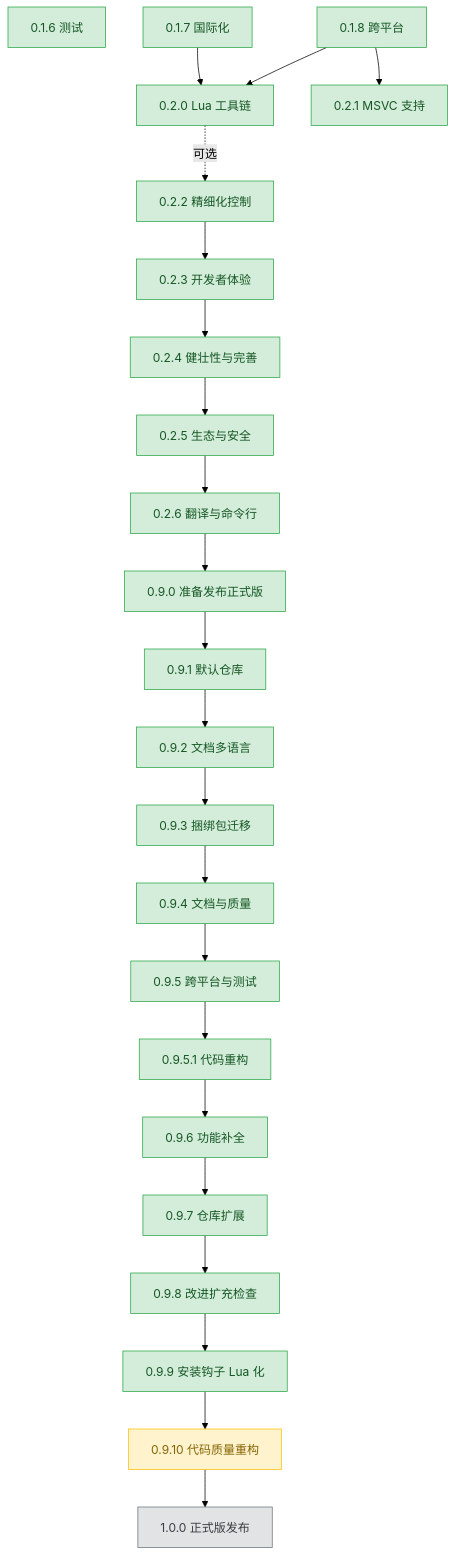
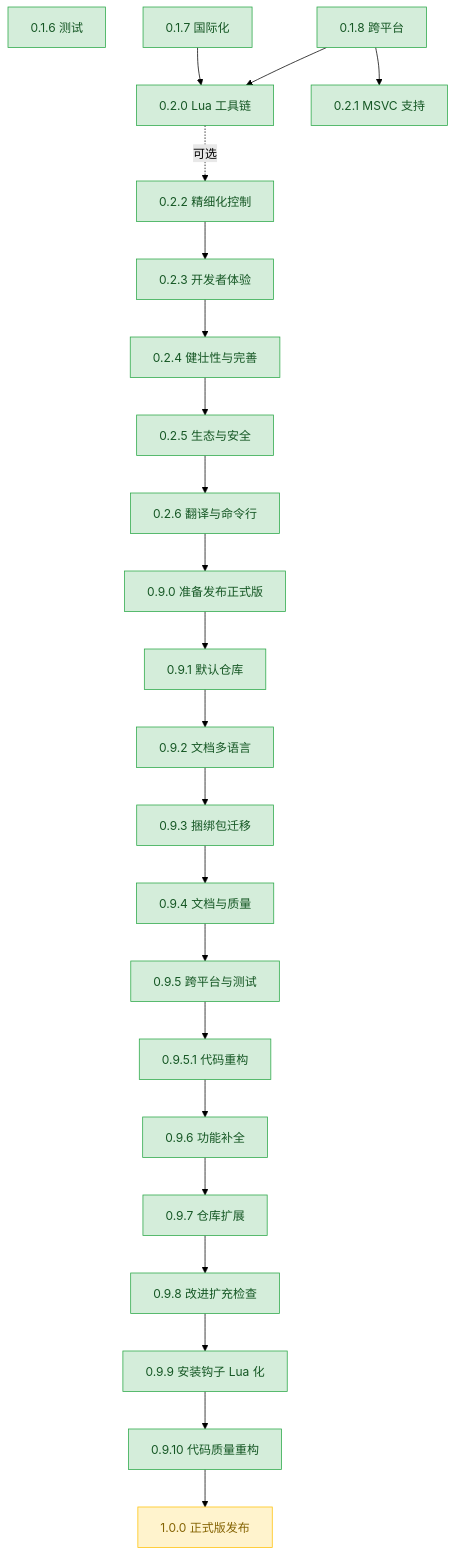
One commit to 3667808244/EazyMake changed the diagram in plans/README.md. Above: the diagram before and after it, drawn with Mermaid (forest theme). The commit also changed other lines of this file and 6 other files, not shown here.

````diff
--- a/plans/README.md
+++ b/plans/README.md
@@ -71,56 +72,55 @@
 ```mermaid
 graph TD
     v016["0.1.6 测试"]
     v017["0.1.7 国际化"]
     v018["0.1.8 跨平台"]
     v020["0.2.0 Lua 工具链"]
     v021["0.2.1 MSVC 支持"]
     v022["0.2.2 精细化控制"]
     v023["0.2.3 开发者体验"]
     v024["0.2.4 健壮性与完善"]
     v025["0.2.5 生态与安全"]
     v026["0.2.6 翻译与命令行"]
     v090["0.9.0 准备发布正式版"]
     v091["0.9.1 默认仓库"]
     v092["0.9.2 文档多语言"]
     v093["0.9.3 捆绑包迁移"]
     v094["0.9.4 文档与质量"]
     v095["0.9.5 跨平台与测试"]
     v0951["0.9.5.1 代码重构"]
     v096["0.9.6 功能补全"]
     v097["0.9.7 仓库扩展"]
     v098["0.9.8 改进扩充检查"]
     v099["0.9.9 安装钩子 Lua 化"]
     v0910["0.9.10 代码质量重构"]
     v100["1.0.0 正式版发布"]
 
     v018 --> v021
     v017 --> v020
     v018 --> v020
     v020 -.可选.-> v022
     v022 --> v023
     v023 --> v024
     v024 --> v025
     v025 --> v026
     v026 --> v090
     v090 --> v091
     v091 --> v092
     v092 --> v093
     v093 --> v094
     v094 --> v095
     v095 --> v0951
     v0951 --> v096
     v096 --> v097
     v097 --> v098
     v098 --> v099
     v099 --> v0910
     v0910 --> v100
 
     classDef done fill:#d4edda,stroke:#28a745,color:#155724;
     classDef active fill:#fff3cd,stroke:#ffc107,color:#856404;
     classDef todo fill:#e2e3e5,stroke:#6c757d,color:#383d41;
 
-    class v016,v017,v018,v020,v021,v022,v023,v024,v025,v026,v090,v091,v092,v093,v094,v095,v0951,v096,v097,v098,v099 done;
-    class v0910 active;
-    class v100 todo;
+    class v016,v017,v018,v020,v021,v022,v023,v024,v025,v026,v090,v091,v092,v093,v094,v095,v0951,v096,v097,v098,v099,v0910 done;
+    class v100 active;
 ```
````
